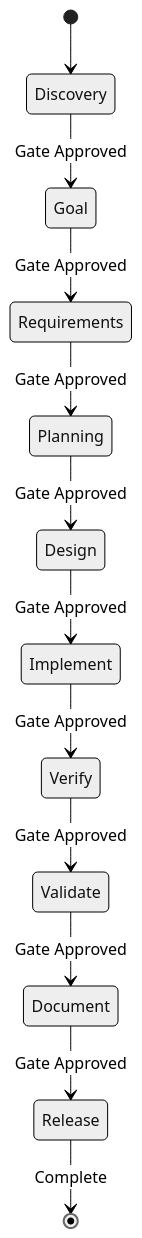
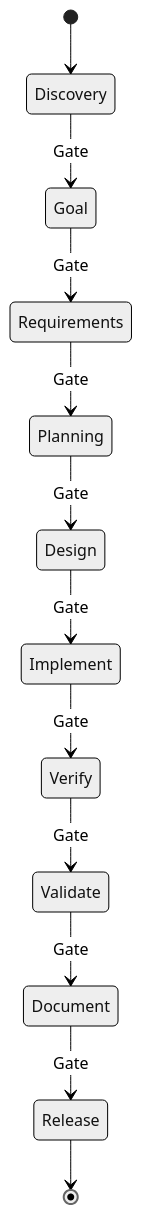
One commit to MikeSquared-Agency/MissionControl changed the second of 2 diagrams in ARCHITECTURE.md. Above: the diagram before and after it, drawn with Mermaid (neutral theme). The commit also changed other lines of this file and 7 other files, not shown here.

````diff
--- a/ARCHITECTURE.md
+++ b/ARCHITECTURE.md
@@ -93,14 +73,14 @@
 ```mermaid
 stateDiagram-v2
     [*] --> Discovery
-    Discovery --> Goal : Gate Approved
-    Goal --> Requirements : Gate Approved
-    Requirements --> Planning : Gate Approved
-    Planning --> Design : Gate Approved
-    Design --> Implement : Gate Approved
-    Implement --> Verify : Gate Approved
-    Verify --> Validate : Gate Approved
-    Validate --> Document : Gate Approved
-    Document --> Release : Gate Approved
-    Release --> [*] : Complete
+    Discovery --> Goal : Gate
+    Goal --> Requirements : Gate
+    Requirements --> Planning : Gate
+    Planning --> Design : Gate
+    Design --> Implement : Gate
+    Implement --> Verify : Gate
+    Verify --> Validate : Gate
+    Validate --> Document : Gate
+    Document --> Release : Gate
+    Release --> [*]
 ```
````
